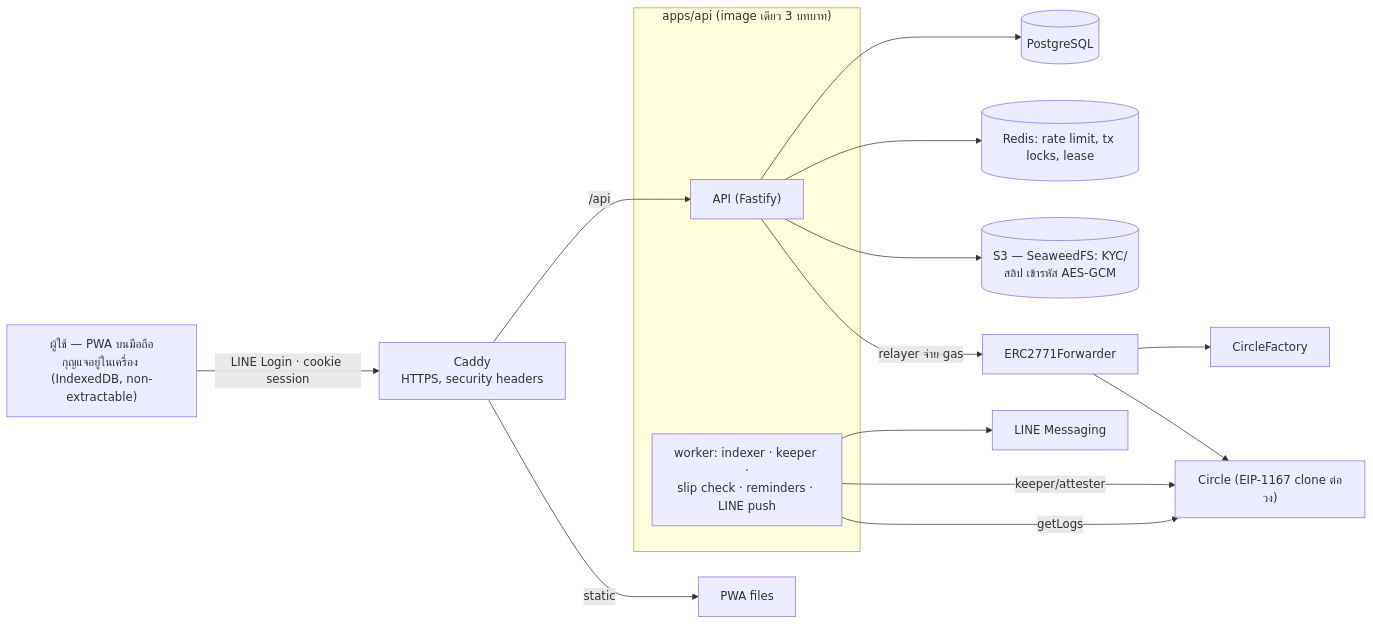
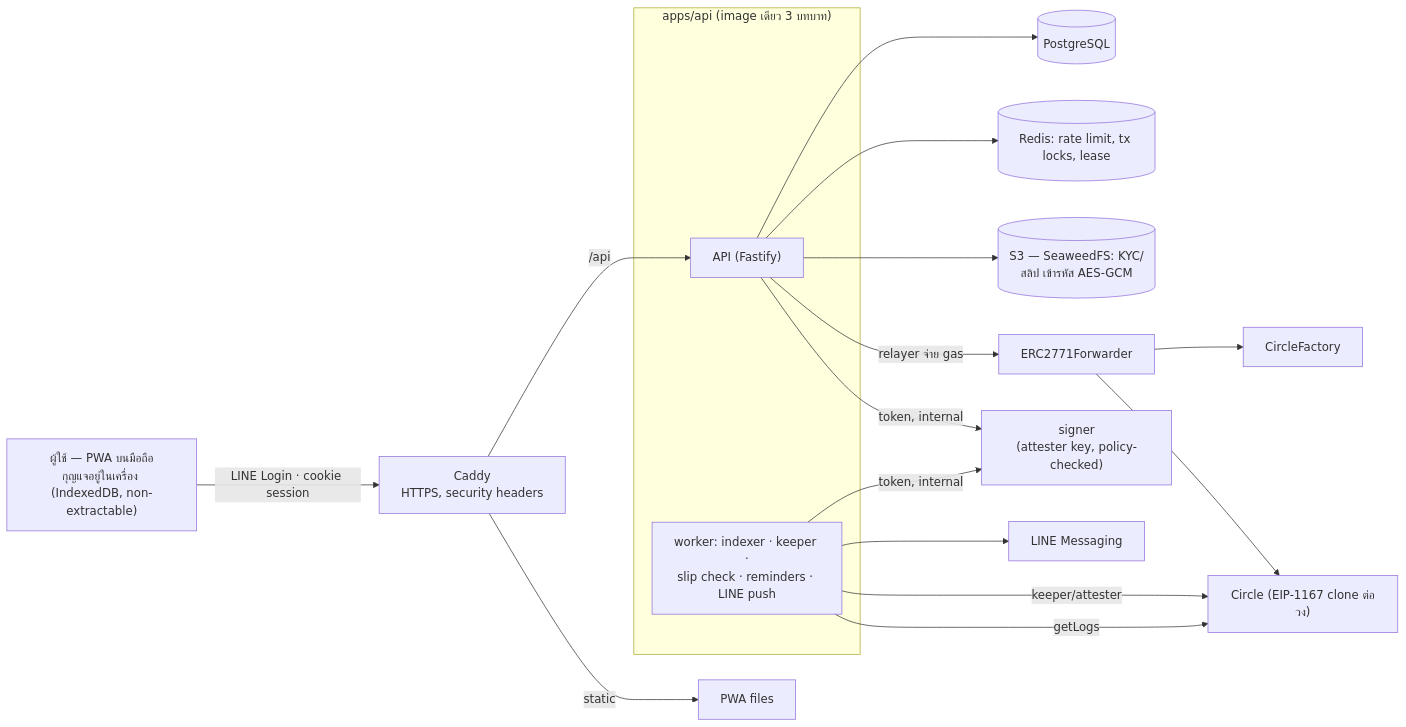
The first of 2 diagrams in docs/v2/architecture.md (bankforall/platform), drawn with Mermaid before and after one commit. The commit also changed other lines of this file and 87 other files, not shown here.

````diff
--- a/docs/v2/architecture.md
+++ b/docs/v2/architecture.md
@@ -7,18 +7,20 @@
 ```mermaid
 flowchart LR
     U["ผู้ใช้ — PWA บนมือถือ<br/>กุญแจอยู่ในเครื่อง (IndexedDB, non-extractable)"] -- "LINE Login · cookie session" --> C
     C["Caddy<br/>HTTPS, security headers"] -- /api --> API
     C -- static --> PWA[PWA files]
     subgraph Backend ["apps/api (image เดียว 3 บทบาท)"]
       API["API (Fastify)"]
       W["worker: indexer · keeper ·<br/>slip check · reminders · LINE push"]
     end
     API --> PG[(PostgreSQL)]
     API --> R[(Redis: rate limit, tx locks, lease)]
     API --> S3[(S3 — SeaweedFS: KYC/สลิป เข้ารหัส AES-GCM)]
     API -- "relayer จ่าย gas" --> F["ERC2771Forwarder"]
+    API -- "token, internal" --> SG["signer<br/>(attester key, policy-checked)"]
+    W -- "token, internal" --> SG
     F --> CF["CircleFactory"] & CI["Circle (EIP-1167 clone ต่อวง)"]
     W -- keeper/attester --> CI
     W -- getLogs --> CI
     W --> LINE[LINE Messaging]
 ```
````
